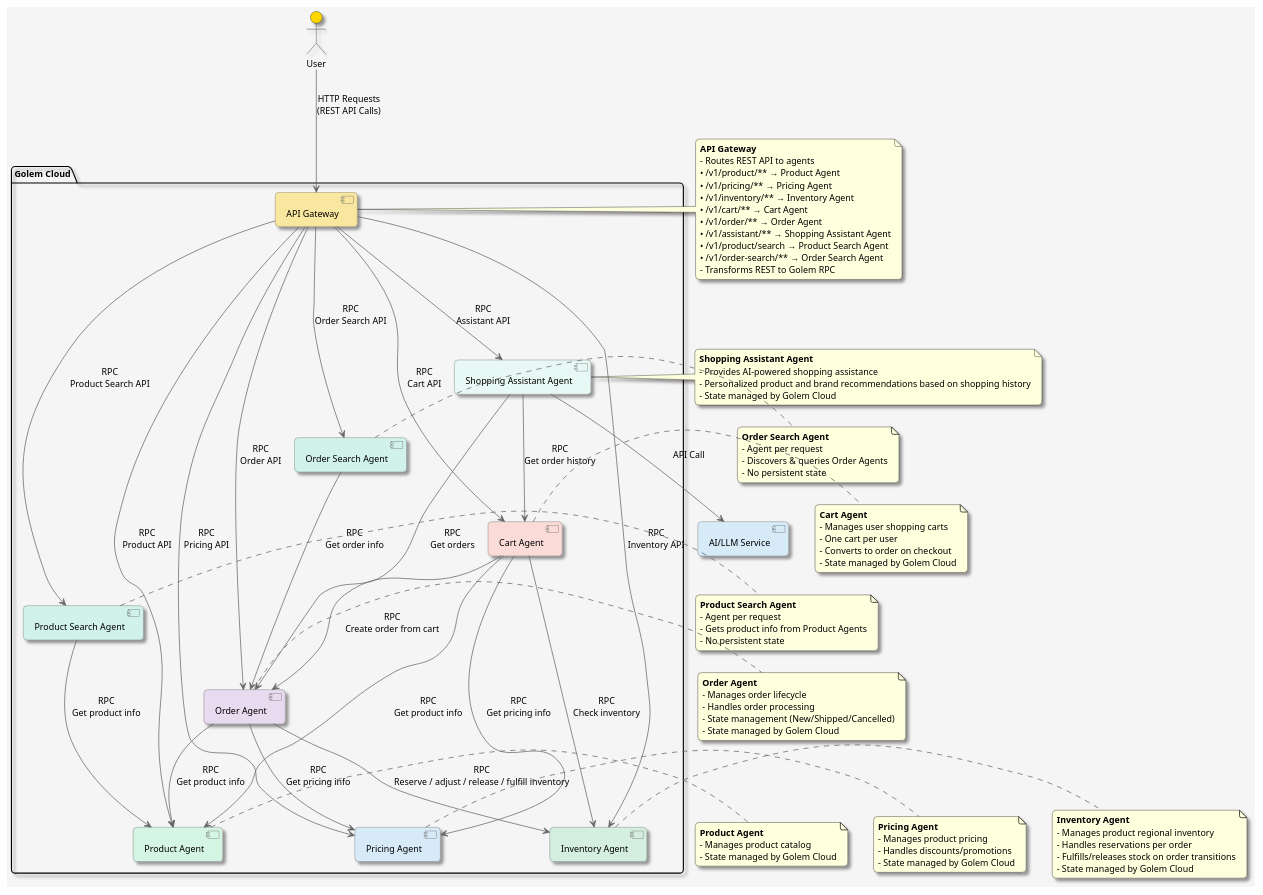
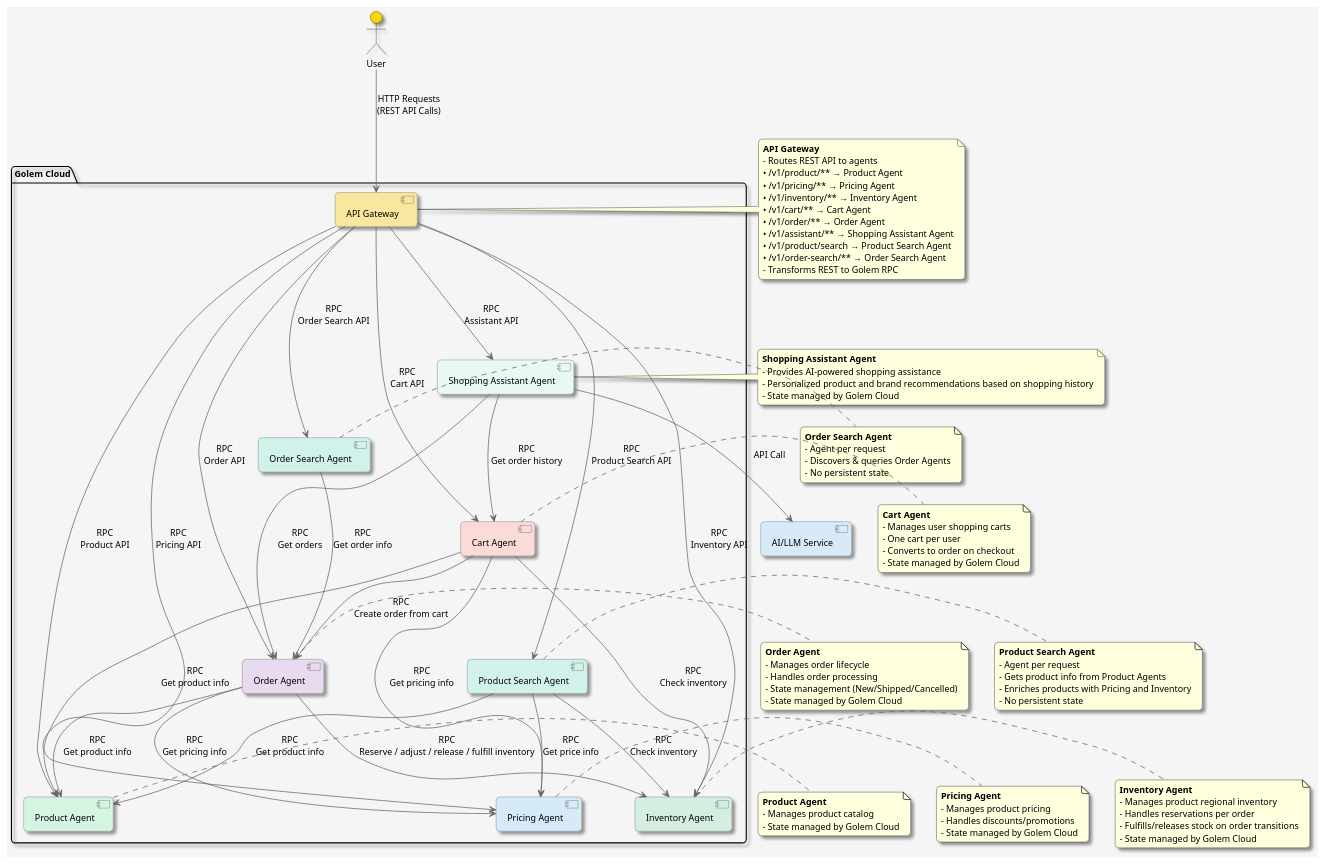
The diagram in architecture.puml (justcoon/golem-shopping-rust), drawn with PlantUML before and after one commit. The commit also changed 7 other files, not shown here.

Commit message:
product search with pricing

```diff
--- a/architecture.puml
+++ b/architecture.puml
@@ -1,135 +1,138 @@
 @startuml Golem Shopping Architecture
 
 ' Define styles
 skinparam componentStyle uml2
 skinparam backgroundColor #F5F5F5
 skinparam defaultFontName Arial
 skinparam defaultFontSize 12
 skinparam roundcorner 10
 skinparam shadowing true
 skinparam ArrowColor #666666
 skinparam ComponentBackgroundColor #E8E8E8
 skinparam ComponentBorderColor #666666
 
 ' Define components
 actor "User" as user #FFD700
 
 package "Golem Cloud" {
     [API Gateway] as gateway #F9E79F
     [Product Agent] as product #D5F5E3
     [Pricing Agent] as pricing #D6EAF8
     [Inventory Agent] as inventory #D4EFDF
     [Cart Agent] as cart #FADBD8
     [Order Agent] as order #E8DAEF
     [Product Search Agent] as product_search #D1F2EB
     [Order Search Agent] as order_search #D1F2EB
     [Shopping Assistant Agent] as assistant #E8F8F5
 }
 
 ' Define relationships
 user --> gateway : "HTTP Requests\n(REST API Calls)"
 
 gateway --> product : "RPC\nProduct API"
 gateway --> pricing : "RPC\nPricing API"
 gateway --> inventory : "RPC\nInventory API"
 gateway --> cart : "RPC\nCart API"
 gateway --> order : "RPC\nOrder API"
 gateway --> product_search : "RPC\nProduct Search API"
 gateway --> order_search : "RPC\nOrder Search API"
 gateway --> assistant : "RPC\nAssistant API"
 
 ' Agent-to-agent communication
 cart --> product : "RPC\nGet product info"
 cart --> pricing : "RPC\nGet pricing info"
 cart --> inventory : "RPC\nCheck inventory"
 cart --> order : "RPC\nCreate order from cart"
 order --> product : "RPC\nGet product info"
 order --> pricing : "RPC\nGet pricing info"
 order --> inventory : "RPC\nReserve / adjust / release / fulfill inventory"
 product_search --> product : "RPC\nGet product info"
+product_search --> pricing : "RPC\nGet price info"
+product_search --> inventory : "RPC\nCheck inventory"
 order_search --> order : "RPC\nGet order info"
 
 ' Shopping Assistant relationships
 assistant --> cart : "RPC\nGet order history"
 assistant --> order : "RPC\nGet orders"
 
 ' Add notes
 note right of gateway
   <b>API Gateway</b>
   - Routes REST API to agents
   • /v1/product/** → Product Agent
   • /v1/pricing/** → Pricing Agent
   • /v1/inventory/** → Inventory Agent
   • /v1/cart/** → Cart Agent
   • /v1/order/** → Order Agent
   • /v1/assistant/** → Shopping Assistant Agent
   • /v1/product/search → Product Search Agent
   • /v1/order-search/** → Order Search Agent
   - Transforms REST to Golem RPC
 end note
 
 note right of product
   <b>Product Agent</b>
   - Manages product catalog
   - State managed by Golem Cloud
 end note
 
 note right of pricing
   <b>Pricing Agent</b>
   - Manages product pricing
   - Handles discounts/promotions
   - State managed by Golem Cloud
 end note
 
 note right of inventory
   <b>Inventory Agent</b>
   - Manages product regional inventory
   - Handles reservations per order
   - Fulfills/releases stock on order transitions
   - State managed by Golem Cloud
 end note
 
 note right of cart
   <b>Cart Agent</b>
   - Manages user shopping carts
   - One cart per user
   - Converts to order on checkout
   - State managed by Golem Cloud
 end note
 
 note right of order
   <b>Order Agent</b>
   - Manages order lifecycle
   - Handles order processing
   - State management (New/Shipped/Cancelled)
   - State managed by Golem Cloud
 end note
 
 note right of product_search
   <b>Product Search Agent</b>
   - Agent per request
   - Gets product info from Product Agents
+  - Enriches products with Pricing and Inventory
   - No persistent state
 end note
 
 note right of order_search
   <b>Order Search Agent</b>
   - Agent per request
   - Discovers & queries Order Agents
   - No persistent state
 end note
 
 ' External Services
 [AI/LLM Service] as llm #D6EAF8
 
 ' Connect LLM to Shopping Assistant
 assistant --> llm : "API Call"
 
 note right of assistant
   <b>Shopping Assistant Agent</b>
   - Provides AI-powered shopping assistance
   - Personalized product and brand recommendations based on shopping history
   - State managed by Golem Cloud
 end note
 
 @enduml
```
